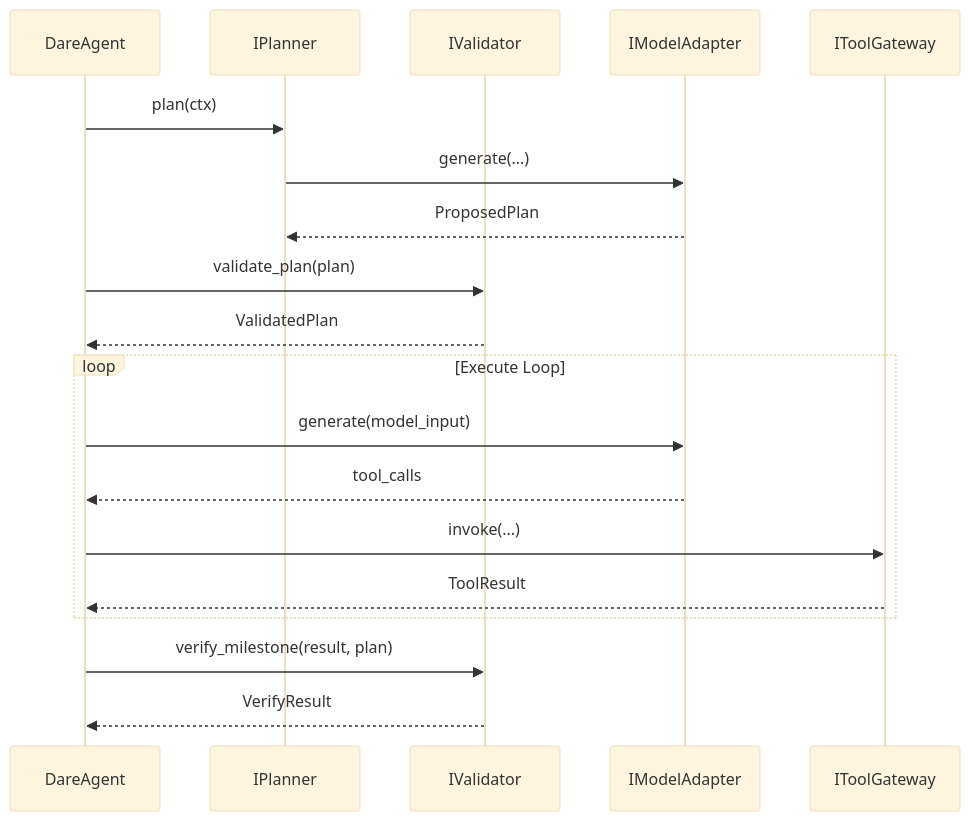
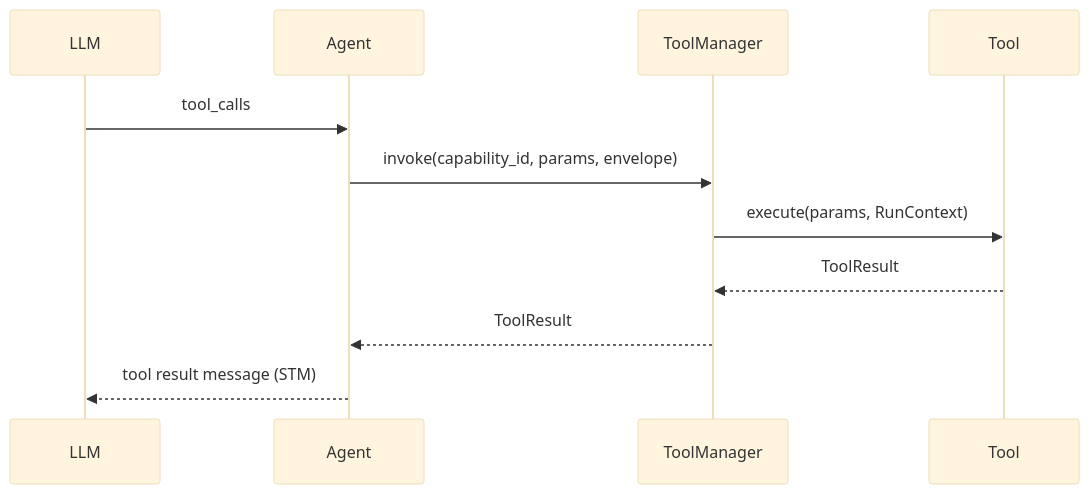
One commit to clowder-labs/Deterministic-Agent-Runtime-Engine changed diagram 13 of 13 in docs/DARE_FRAMEWORK_DESIGN.md. Above: the diagram before and after it, drawn with Mermaid (base theme). The commit also changed other lines of this file, not shown here.

````diff
--- a/docs/DARE_FRAMEWORK_DESIGN.md
+++ b/docs/DARE_FRAMEWORK_DESIGN.md
@@ -1134,22 +522,13 @@
 ```mermaid
 sequenceDiagram
-    participant A as DareAgent
-    participant P as IPlanner
-    participant V as IValidator
-    participant M as IModelAdapter
-    participant T as IToolGateway
-
-    A->>P: plan(ctx)
-    P->>M: generate(...)
-    M-->>P: ProposedPlan
-    A->>V: validate_plan(plan)
-    V-->>A: ValidatedPlan
-    loop Execute Loop
-        A->>M: generate(model_input)
-        M-->>A: tool_calls
-        A->>T: invoke(...)
-        T-->>A: ToolResult
-    end
-    A->>V: verify_milestone(result, plan)
-    V-->>A: VerifyResult
+  participant L as LLM
+  participant A as Agent
+  participant TM as ToolManager
+  participant T as Tool
+  L->>A: tool_calls
+  A->>TM: invoke(capability_id, params, envelope)
+  TM->>T: execute(params, RunContext)
+  T-->>TM: ToolResult
+  TM-->>A: ToolResult
+  A-->>L: tool result message (STM)
 ```
````
